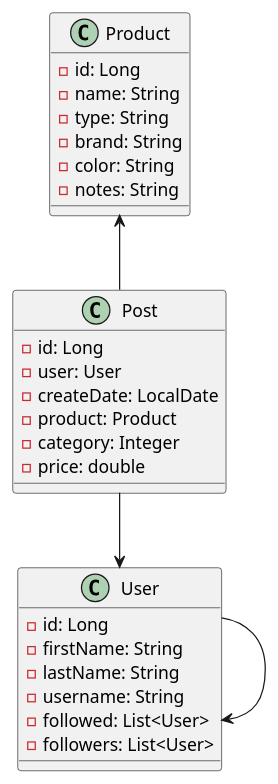
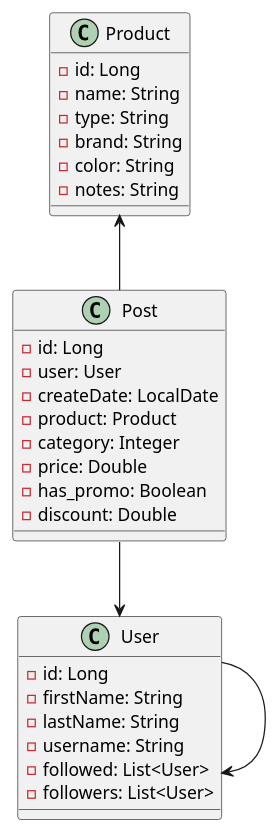
One commit to LucasCABJ/social_meli changed the diagram in domain.puml. Above: the diagram before and after it, drawn with PlantUML. The commit also changed 1 other file, not shown here.

```diff
--- a/domain.puml
+++ b/domain.puml
@@ -1,37 +1,39 @@
 @startuml
 'https://plantuml.com/class-diagram
 
 class User {
     - id: Long
     - firstName: String
     - lastName: String
     - username: String
     - followed: List<User>
     - followers: List<User>
 }
 
 User --> User
 
 Post --> User
 
 class Post {
     - id: Long
     - user: User
     - createDate: LocalDate
     - product: Product
     - category: Integer
-    - price: double
+    - price: Double
+    - has_promo: Boolean
+    - discount: Double
 }
 
 Product <-- Post
 
 class Product {
     - id: Long
     - name: String
     - type: String
     - brand: String
     - color: String
     - notes: String
 }
 
 @enduml
```
